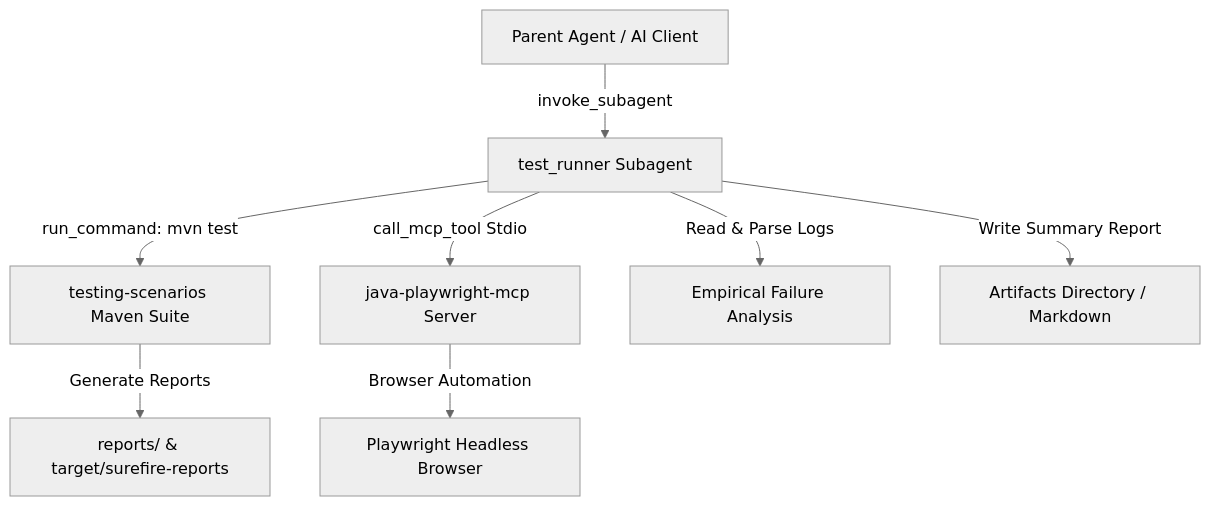
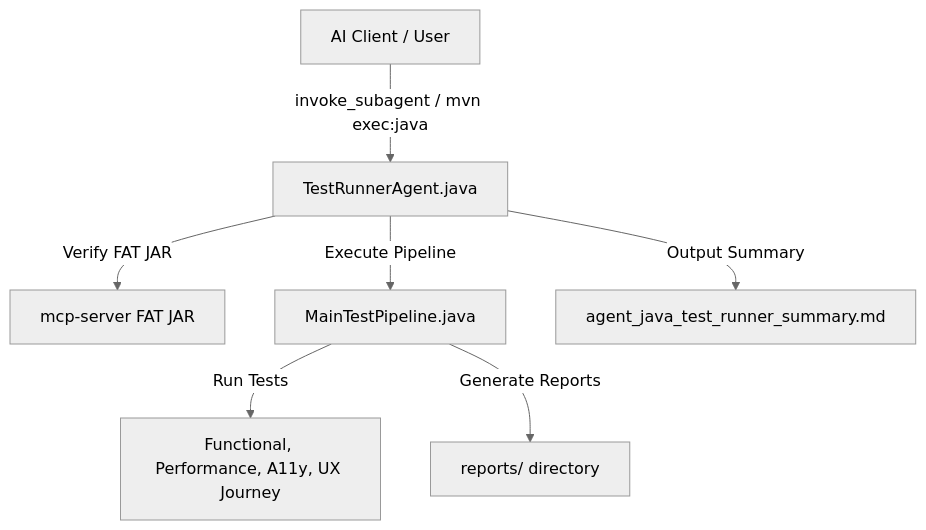
One commit to VolodymyrUhera/java-mcp-testing-demo changed the diagram in docs/test_runner_subagent.md. Above: the diagram before and after it, drawn with Mermaid (neutral theme). The commit also changed other lines of this file, not shown here.

Commit message:
docs: update test_runner_subagent.md to reflect Java implementation and Graphify integration

````diff
--- a/docs/test_runner_subagent.md
+++ b/docs/test_runner_subagent.md
@@ -7,10 +7,9 @@
 ```mermaid
 flowchart TD
-    ParentAgent[Parent Agent / AI Client] -->|invoke_subagent| Subagent[test_runner Subagent]
-    Subagent -->|run_command: mvn test| TestSuite[testing-scenarios Maven Suite]
-    Subagent -->|call_mcp_tool Stdio| MCPServer[java-playwright-mcp Server]
-    TestSuite -->|Generate Reports| ReportsDir[reports/ & target/surefire-reports]
-    MCPServer -->|Browser Automation| Browser[Playwright Headless Browser]
-    Subagent -->|Read & Parse Logs| StackTrace[Empirical Failure Analysis]
-    Subagent -->|Write Summary Report| Artifacts[Artifacts Directory / Markdown]
+    Client[AI Client / User] -->|invoke_subagent / mvn exec:java| JavaAgent[TestRunnerAgent.java]
+    JavaAgent -->|Verify FAT JAR| MCPJar[mcp-server FAT JAR]
+    JavaAgent -->|Execute Pipeline| TestSuite[MainTestPipeline.java]
+    TestSuite -->|Run Tests| Scenarios[Functional, Performance, A11y, UX Journey]
+    TestSuite -->|Generate Reports| ReportsDir[reports/ directory]
+    JavaAgent -->|Output Summary| SummaryReport[agent_java_test_runner_summary.md]
 ```
````
